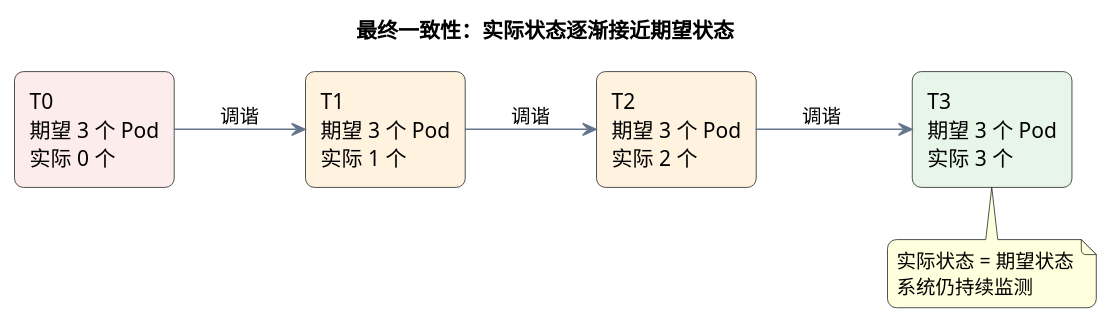
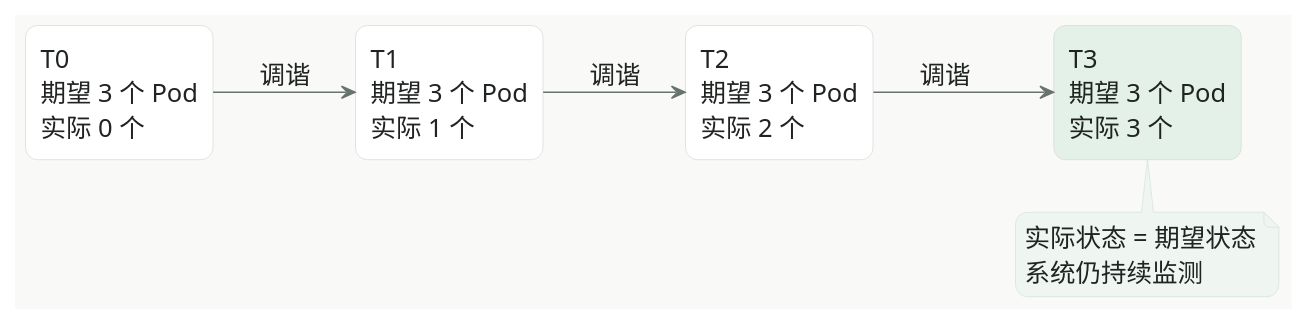
Before and after one commit to i-zrhe2016/blog.zrhe2016.cc: the third of 7 diagrams in src/content/posts/kubernetes-core-design-principles.md, drawn with PlantUML. The commit also changed other lines of this file, not shown here.

````diff
--- a/src/content/posts/kubernetes-core-design-principles.md
+++ b/src/content/posts/kubernetes-core-design-principles.md
@@ -75,22 +84,27 @@
 ```plantuml
 @startuml
-title 最终一致性：实际状态逐渐接近期望状态
-skinparam backgroundColor white
+skinparam backgroundColor #F9F9F7
 skinparam shadowing false
-skinparam roundcorner 12
+skinparam roundcorner 16
 skinparam defaultFontName Microsoft YaHei
-skinparam ArrowColor #64748B
+skinparam defaultFontSize 17
+skinparam defaultFontColor #202421
+skinparam ArrowColor #68736D
+skinparam rectangleBorderColor #D5DCD7
+skinparam rectangleBackgroundColor #FFFFFF
+skinparam noteBackgroundColor #EFF5F1
+skinparam noteBorderColor #D5E4DA
 left to right direction
-rectangle "T0\n期望 3 个 Pod\n实际 0 个" as A #FDECEC
-rectangle "T1\n期望 3 个 Pod\n实际 1 个" as B #FFF3E0
-rectangle "T2\n期望 3 个 Pod\n实际 2 个" as C #FFF3E0
-rectangle "T3\n期望 3 个 Pod\n实际 3 个" as D #E8F5E9
+rectangle "T0\n期望 3 个 Pod\n实际 0 个" as A
+rectangle "T1\n期望 3 个 Pod\n实际 1 个" as B
+rectangle "T2\n期望 3 个 Pod\n实际 2 个" as C
+rectangle "T3\n期望 3 个 Pod\n实际 3 个" as D #E4F1E8
 A --> B : 调谐
 B --> C : 调谐
 C --> D : 调谐
 note bottom of D
   实际状态 = 期望状态
   系统仍持续监测
 end note
 @enduml
 ```
````
